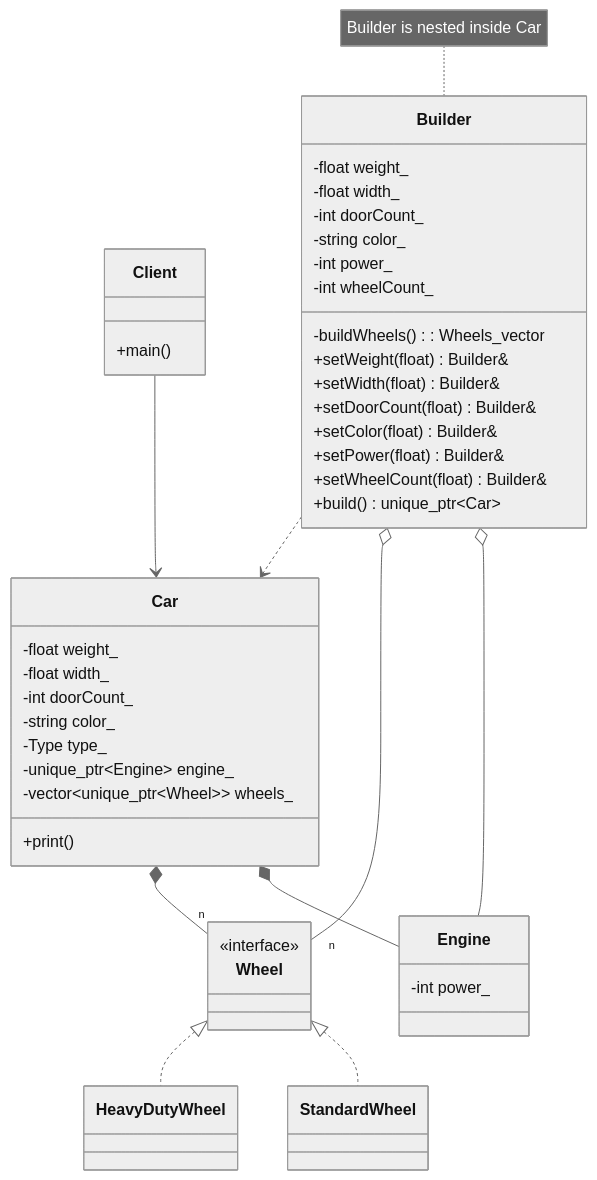
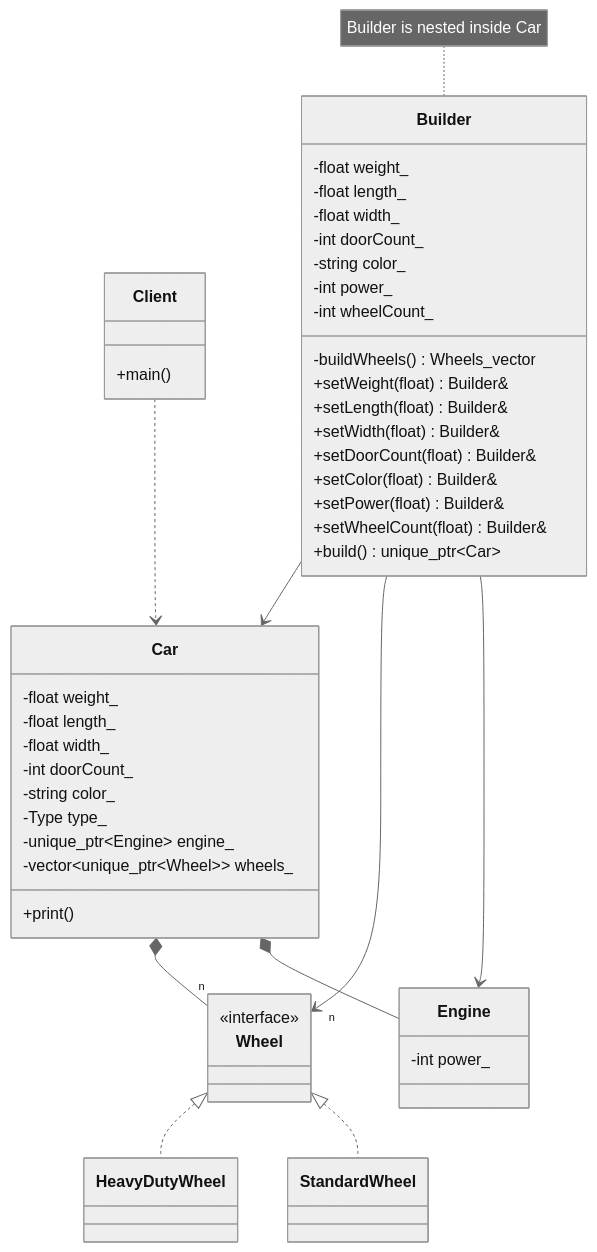
The diagram in 01_Builder/Dynamic_example/diagram.md (Cichlidfishexigency721/Modern-CPP-Design-Patterns), drawn with Mermaid (neutral theme) before and after one commit. The commit also changed 1 other file, not shown here.

Commit message:
UML improvement

````diff
--- a/01_Builder/Dynamic_example/diagram.md
+++ b/01_Builder/Dynamic_example/diagram.md
@@ -3,52 +3,57 @@
 ```mermaid
 classDiagram
    class Client { +main() }
 
    class Engine { -int power_ }
    class Wheel { <<interface>> }
    class StandardWheel
    class HeavyDutyWheel
    
    class Car {
       -float weight_
+      -float length_
       -float width_
       -int doorCount_
       -string color_
       -Type type_
       -unique_ptr~Engine~ engine_
       -vector~unique_ptr~Wheel~~ wheels_
+
       +print()
    }
 
    class Builder {
       -float weight_
+      -float length_
       -float width_
       -int doorCount_
       -string color_
       -int power_
       -int wheelCount_
-      -buildWheels() : Wheels_vector
+
+      -buildWheels() Wheels_vector
       +setWeight(float) Builder&
+      +setLength(float) Builder&
       +setWidth(float) Builder&
       +setDoorCount(float) Builder&
       +setColor(float) Builder&
       +setPower(float) Builder&
       +setWheelCount(float) Builder&
       +build() unique_ptr~Car~
    }
 
    Wheel <|.. StandardWheel
    Wheel <|.. HeavyDutyWheel
    
    %% Relations
    Car *-- Engine
    Car *-- "n" Wheel
    
-   Builder o-- Engine
-   Builder o-- "n" Wheel
-   
-   Builder ..> Car
+   Builder --> Engine
+   Builder --> "n" Wheel
+   Builder --> Car
+
    note for Builder "Builder is nested inside Car"
 
-   Client --> Car
+   Client ..> Car
 ```
````
